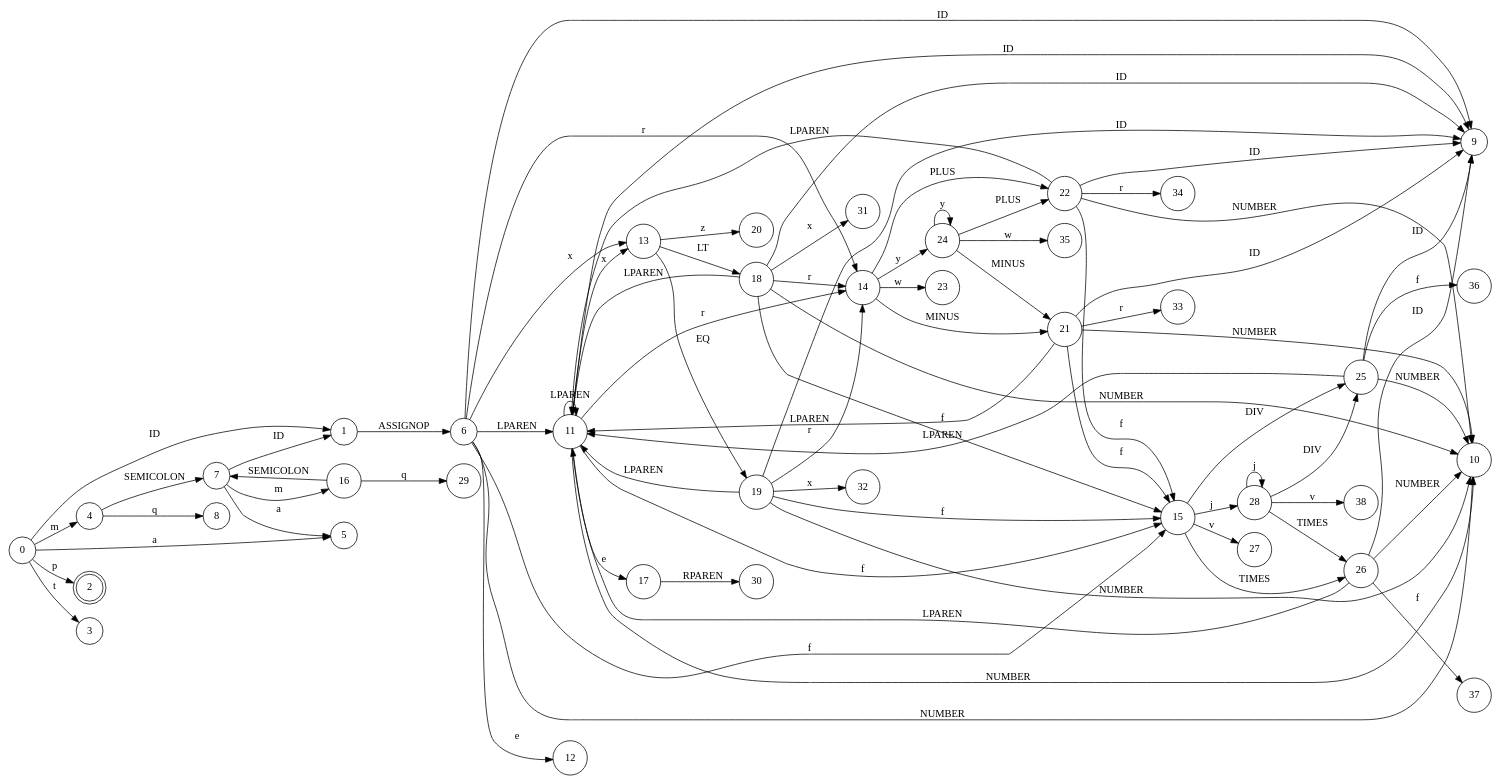
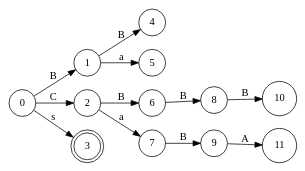
Before and after one commit to emiliosolanoo21/parserSLR: the diagram in LR0_.gv, drawn with Graphviz. The commit also changed 26 other files, not shown here.

```diff
--- a/LR0_.gv
+++ b/LR0_.gv
@@ -1,120 +1,27 @@
 // LR0
 digraph {
 	rankdir=LR
 	0 [label=0 shape=circle]
 	1 [label=1 shape=circle]
+	4 [label=4 shape=circle]
+	1 -> 4 [label=B]
+	5 [label=5 shape=circle]
+	1 -> 5 [label=a]
+	0 -> 1 [label=B]
+	2 [label=2 shape=circle]
 	6 [label=6 shape=circle]
+	8 [label=8 shape=circle]
+	10 [label=10 shape=circle]
+	8 -> 10 [label=B]
+	6 -> 8 [label=B]
+	2 -> 6 [label=B]
+	7 [label=7 shape=circle]
 	9 [label=9 shape=circle]
-	6 -> 9 [label=ID]
-	10 [label=10 shape=circle]
-	6 -> 10 [label=NUMBER]
 	11 [label=11 shape=circle]
-	11 -> 9 [label=ID]
-	11 -> 10 [label=NUMBER]
-	11 -> 11 [label=LPAREN]
-	17 [label=17 shape=circle]
-	30 [label=30 shape=circle]
-	17 -> 30 [label=RPAREN]
-	11 -> 17 [label=e]
-	13 [label=13 shape=circle]
-	18 [label=18 shape=circle]
-	18 -> 9 [label=ID]
-	18 -> 10 [label=NUMBER]
-	18 -> 11 [label=LPAREN]
-	31 [label=31 shape=circle]
-	18 -> 31 [label=x]
-	14 [label=14 shape=circle]
-	21 [label=21 shape=circle]
-	21 -> 9 [label=ID]
-	21 -> 10 [label=NUMBER]
-	21 -> 11 [label=LPAREN]
-	33 [label=33 shape=circle]
-	21 -> 33 [label=r]
-	15 [label=15 shape=circle]
-	25 [label=25 shape=circle]
-	25 -> 9 [label=ID]
-	25 -> 10 [label=NUMBER]
-	25 -> 11 [label=LPAREN]
-	36 [label=36 shape=circle]
-	25 -> 36 [label=f]
-	15 -> 25 [label=DIV]
-	26 [label=26 shape=circle]
-	26 -> 9 [label=ID]
-	26 -> 10 [label=NUMBER]
-	26 -> 11 [label=LPAREN]
-	37 [label=37 shape=circle]
-	26 -> 37 [label=f]
-	15 -> 26 [label=TIMES]
-	27 [label=27 shape=circle]
-	15 -> 27 [label=v]
-	28 [label=28 shape=circle]
-	28 -> 25 [label=DIV]
-	28 -> 26 [label=TIMES]
-	38 [label=38 shape=circle]
-	28 -> 38 [label=v]
-	28 -> 28 [label=j]
-	15 -> 28 [label=j]
-	21 -> 15 [label=f]
-	14 -> 21 [label=MINUS]
-	22 [label=22 shape=circle]
-	22 -> 9 [label=ID]
-	22 -> 10 [label=NUMBER]
-	22 -> 11 [label=LPAREN]
-	34 [label=34 shape=circle]
-	22 -> 34 [label=r]
-	22 -> 15 [label=f]
-	14 -> 22 [label=PLUS]
-	23 [label=23 shape=circle]
-	14 -> 23 [label=w]
-	24 [label=24 shape=circle]
-	24 -> 21 [label=MINUS]
-	24 -> 22 [label=PLUS]
-	35 [label=35 shape=circle]
-	24 -> 35 [label=w]
-	24 -> 24 [label=y]
-	14 -> 24 [label=y]
-	18 -> 14 [label=r]
-	18 -> 15 [label=f]
-	13 -> 18 [label=LT]
-	19 [label=19 shape=circle]
-	19 -> 9 [label=ID]
-	19 -> 10 [label=NUMBER]
-	19 -> 11 [label=LPAREN]
-	32 [label=32 shape=circle]
-	19 -> 32 [label=x]
-	19 -> 14 [label=r]
-	19 -> 15 [label=f]
-	13 -> 19 [label=EQ]
-	20 [label=20 shape=circle]
-	13 -> 20 [label=z]
-	11 -> 13 [label=x]
-	11 -> 14 [label=r]
-	11 -> 15 [label=f]
-	6 -> 11 [label=LPAREN]
-	12 [label=12 shape=circle]
-	6 -> 12 [label=e]
-	6 -> 13 [label=x]
-	6 -> 14 [label=r]
-	6 -> 15 [label=f]
-	1 -> 6 [label=ASSIGNOP]
-	0 -> 1 [label=ID]
-	2 [label=2 shape=doublecircle]
-	0 -> 2 [label=p]
-	3 [label=3 shape=circle]
-	0 -> 3 [label=t]
-	4 [label=4 shape=circle]
-	7 [label=7 shape=circle]
-	7 -> 1 [label=ID]
-	16 [label=16 shape=circle]
-	16 -> 7 [label=SEMICOLON]
-	29 [label=29 shape=circle]
-	16 -> 29 [label=q]
-	7 -> 16 [label=m]
-	5 [label=5 shape=circle]
-	7 -> 5 [label=a]
-	4 -> 7 [label=SEMICOLON]
-	8 [label=8 shape=circle]
-	4 -> 8 [label=q]
-	0 -> 4 [label=m]
-	0 -> 5 [label=a]
+	9 -> 11 [label=A]
+	7 -> 9 [label=B]
+	2 -> 7 [label=a]
+	0 -> 2 [label=C]
+	3 [label=3 shape=doublecircle]
+	0 -> 3 [label=s]
 }
```
